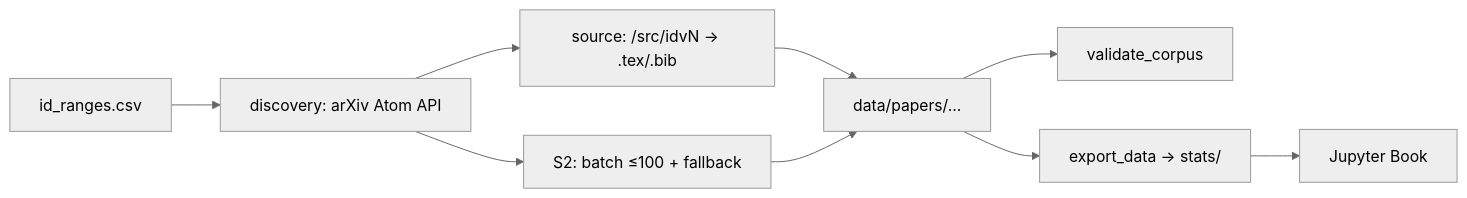
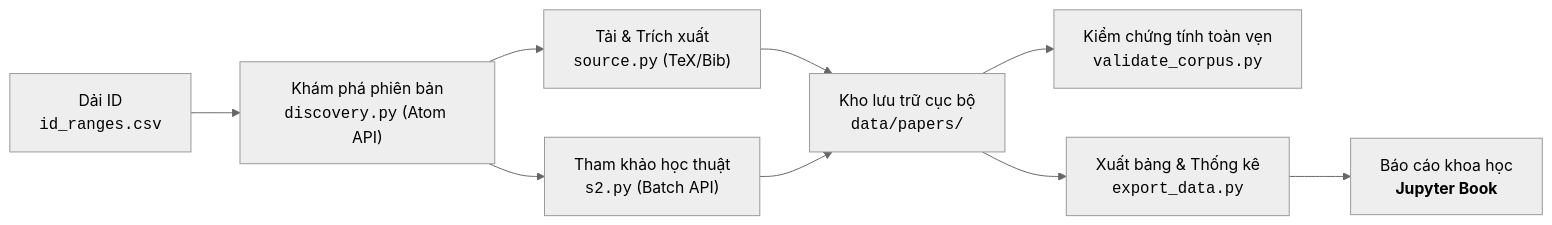
Before and after one commit to GiaaPhuc/arxiv-book: the second of 5 diagrams in Y-TUONG-NOI-DUNG.md, drawn with Mermaid (neutral theme). The commit also changed other lines of this file and 1 other file, not shown here.

Commit message:
docs: cap nhat y tuong book voi kien truc backup restore va muc luc

````diff
--- a/Y-TUONG-NOI-DUNG.md
+++ b/Y-TUONG-NOI-DUNG.md
@@ -65,11 +132,11 @@
-  ```mermaid
-  flowchart LR
-    R[id_ranges.csv] --> D[discovery: arXiv Atom API]
-    D --> S[source: /src/idvN → .tex/.bib]
-    D --> S2[S2: batch ≤100 + fallback]
-    S --> F[data/papers/…]
-    S2 --> F
-    F --> V[validate_corpus]
-    F --> X[export_data → stats/]
-    X --> B[Jupyter Book]
-  ```
+     ```mermaid
+     flowchart LR
+         R["Dải ID<br/><code>id_ranges.csv</code>"] --> D["Khám phá phiên bản<br/><code>discovery.py</code> (Atom API)"]
+         D --> S["Tải & Trích xuất<br/><code>source.py</code> (TeX/Bib)"]
+         D --> S2["Tham khảo học thuật<br/><code>s2.py</code> (Batch API)"]
+         S --> F["Kho lưu trữ cục bộ<br/><code>data/papers/</code>"]
+         S2 --> F
+         F --> V["Kiểm chứng tính toàn vẹn<br/><code>validate_corpus.py</code>"]
+         F --> X["Xuất bảng & Thống kê<br/><code>export_data.py</code>"]
+         X --> B["Báo cáo khoa học<br/><b>Jupyter Book</b>"]
+     ```
````
